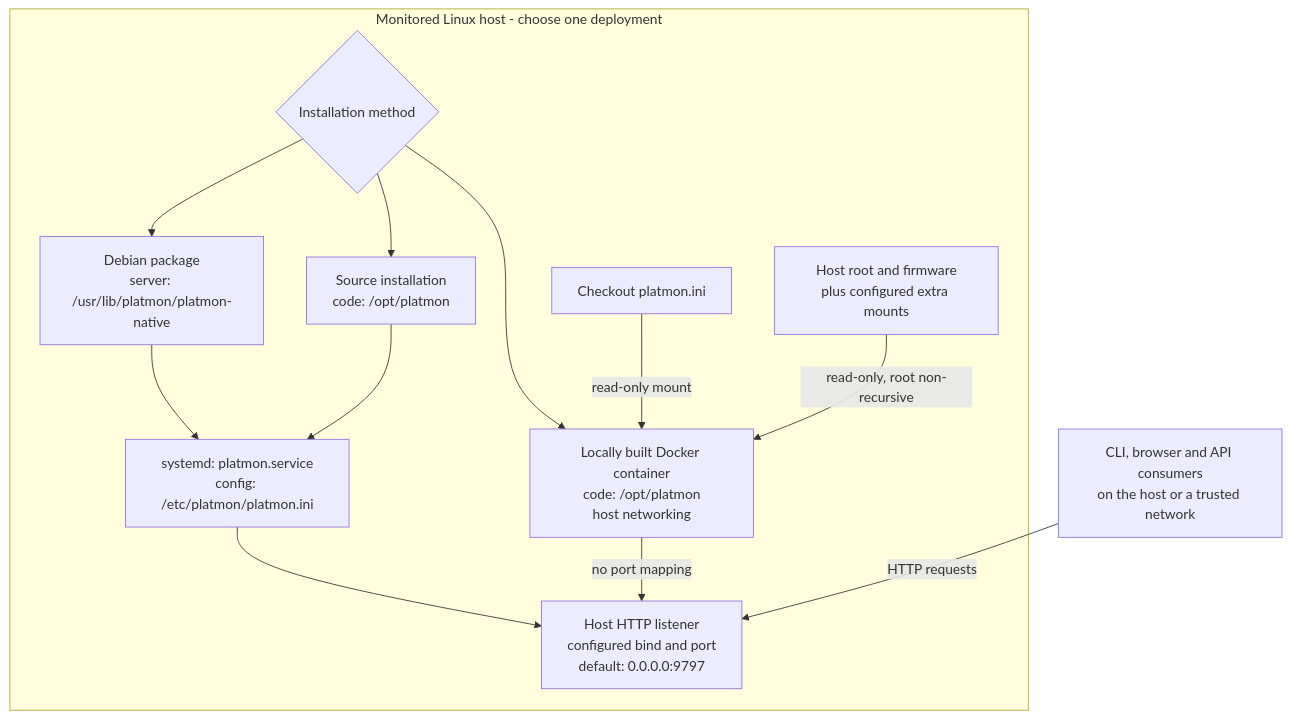
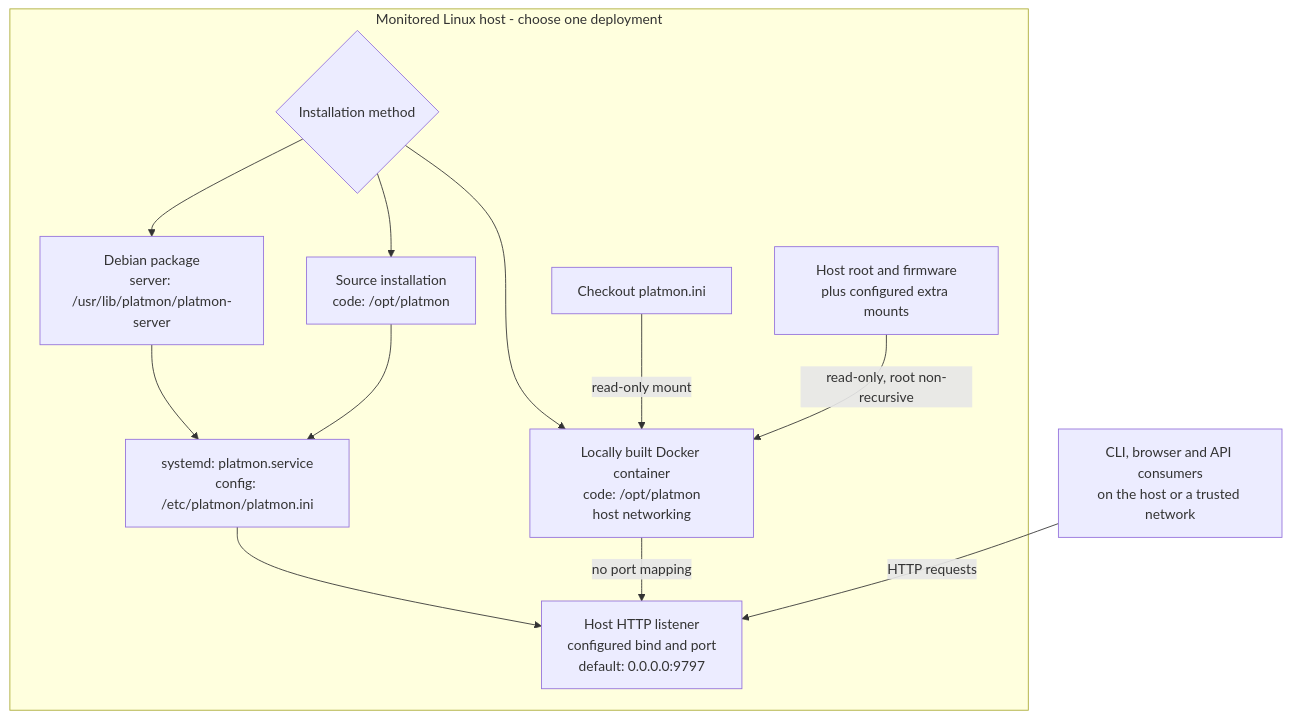
The diagram in docs/guides/deployment.md (platmon/platmon), drawn with Mermaid before and after one commit. The commit also changed other lines of this file and 57 other files, not shown here.

First line of the commit message:
refactor(native): name the server binary platmon-server (#144)

````diff
--- a/docs/guides/deployment.md
+++ b/docs/guides/deployment.md
@@ -19,16 +19,16 @@
 ```mermaid
 flowchart TB
     subgraph Host["Monitored Linux host - choose one deployment"]
         Choice{"Installation method"}
-        Choice --> Deb["Debian package<br/>server: /usr/lib/platmon/platmon-native"]
+        Choice --> Deb["Debian package<br/>server: /usr/lib/platmon/platmon-server"]
         Choice --> Source["Source installation<br/>code: /opt/platmon"]
         Deb --> Unit["systemd: platmon.service<br/>config: /etc/platmon/platmon.ini"]
         Source --> Unit
         Choice --> Container["Locally built Docker container<br/>code: /opt/platmon<br/>host networking"]
         Config["Checkout platmon.ini"] -->|"read-only mount"| Container
         Mounts["Host root and firmware<br/>plus configured extra mounts"] -->|"read-only, root non-recursive"| Container
         Unit --> HTTP["Host HTTP listener<br/>configured bind and port<br/>default: 0.0.0.0:9797"]
         Container -->|"no port mapping"| HTTP
     end
     Clients["CLI, browser and API consumers<br/>on the host or a trusted network"] -->|"HTTP requests"| HTTP
 ```
````
